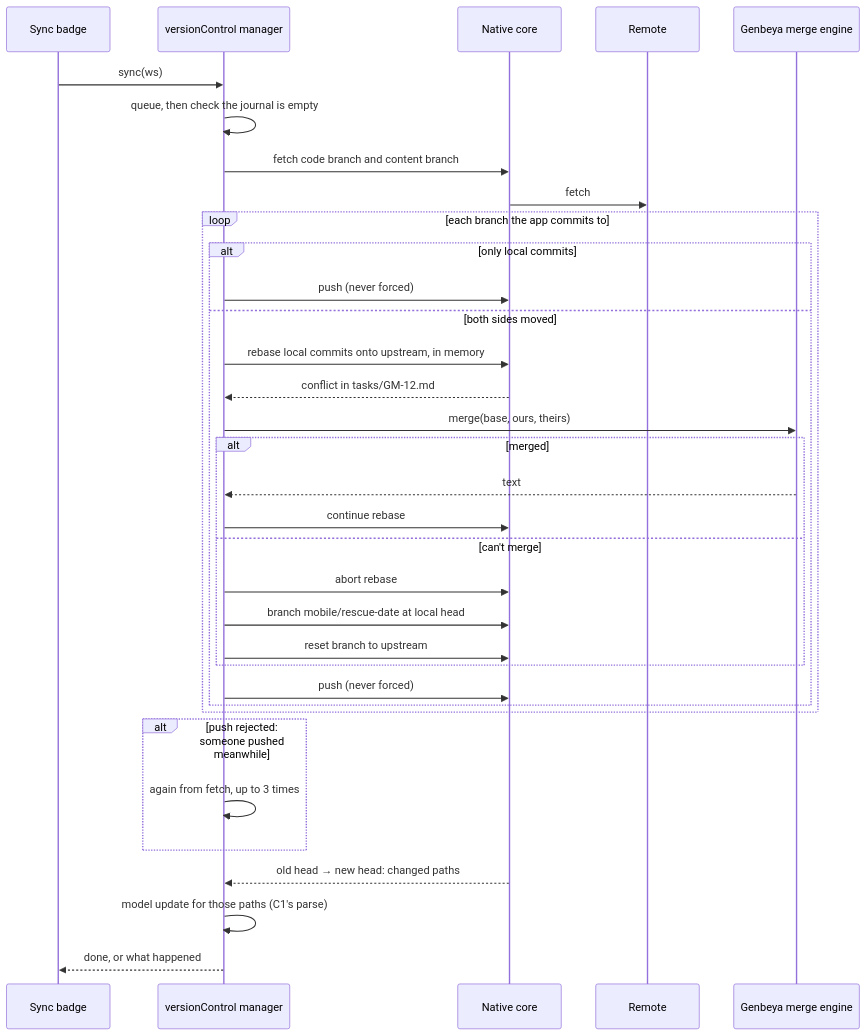
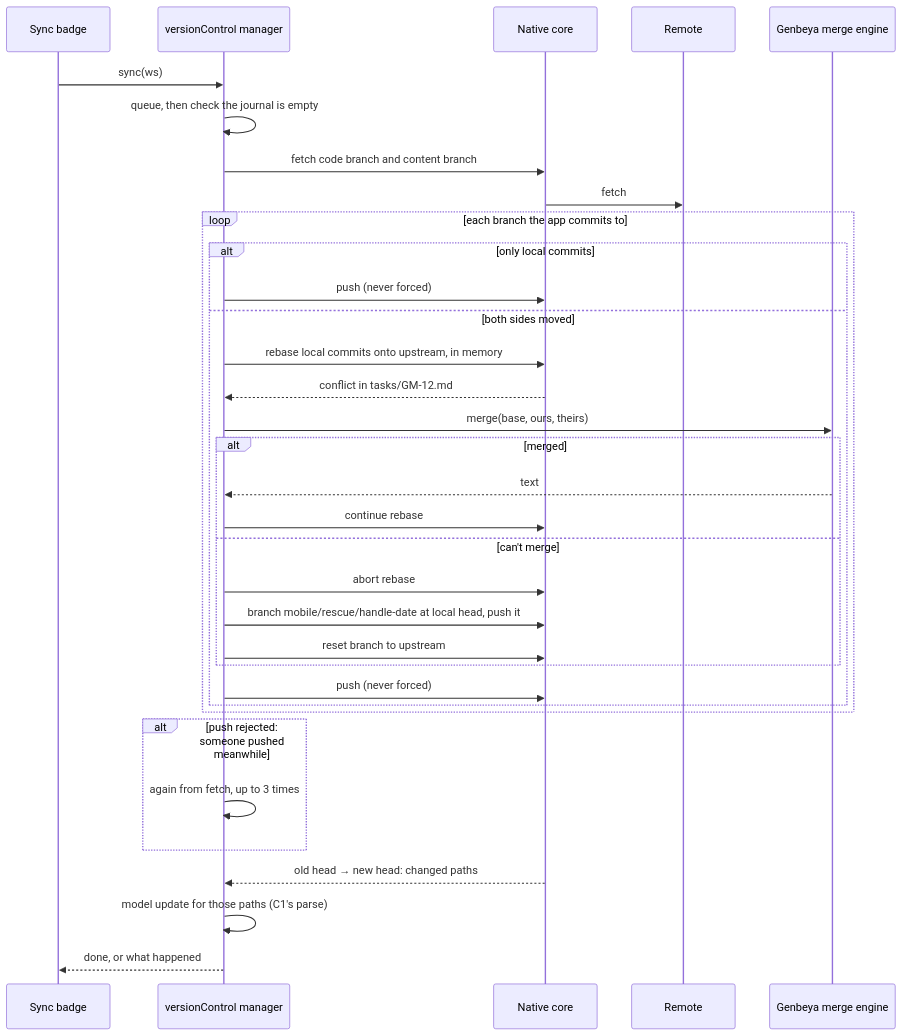
The seventh of 7 diagrams in docs/Architecture/Call-chains.md (h3ll5ur7er/genbeya_mobile), drawn with Mermaid before and after one commit. The commit also changed other lines of this file and 20 other files, not shown here.

````diff
--- a/docs/Architecture/Call-chains.md
+++ b/docs/Architecture/Call-chains.md
@@ -247,36 +248,36 @@
 ```mermaid
 sequenceDiagram
   participant S as Sync badge
   participant V as versionControl manager
   participant N as Native core
   participant R as Remote
   participant E as Genbeya merge engine
   S->>V: sync(ws)
   V->>V: queue, then check the journal is empty
   V->>N: fetch code branch and content branch
   N->>R: fetch
   loop each branch the app commits to
     alt only local commits
       V->>N: push (never forced)
     else both sides moved
       V->>N: rebase local commits onto upstream, in memory
       N-->>V: conflict in tasks/GM-12.md
       V->>E: merge(base, ours, theirs)
       alt merged
         E-->>V: text
         V->>N: continue rebase
       else can't merge
         V->>N: abort rebase
-        V->>N: branch mobile/rescue-date at local head
+        V->>N: branch mobile/rescue/handle-date at local head, push it
         V->>N: reset branch to upstream
       end
       V->>N: push (never forced)
     end
   end
   alt push rejected: someone pushed meanwhile
     V->>V: again from fetch, up to 3 times
   end
   N-->>V: old head → new head: changed paths
   V->>V: model update for those paths (C1's parse)
   V-->>S: done, or what happened
 ```
````
